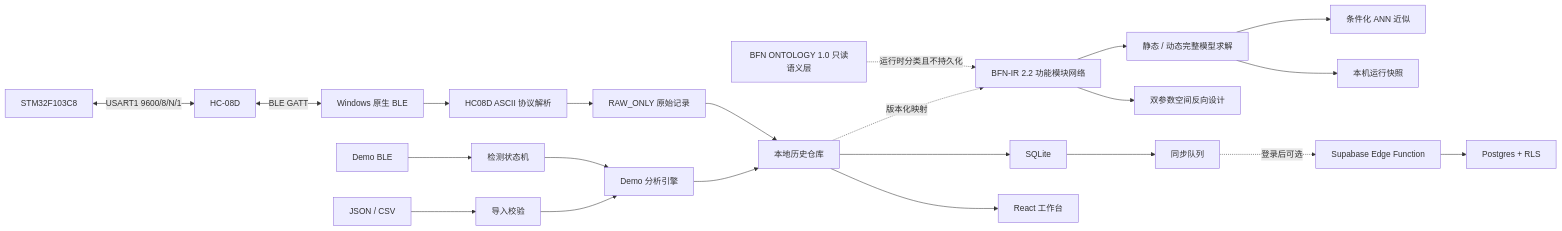
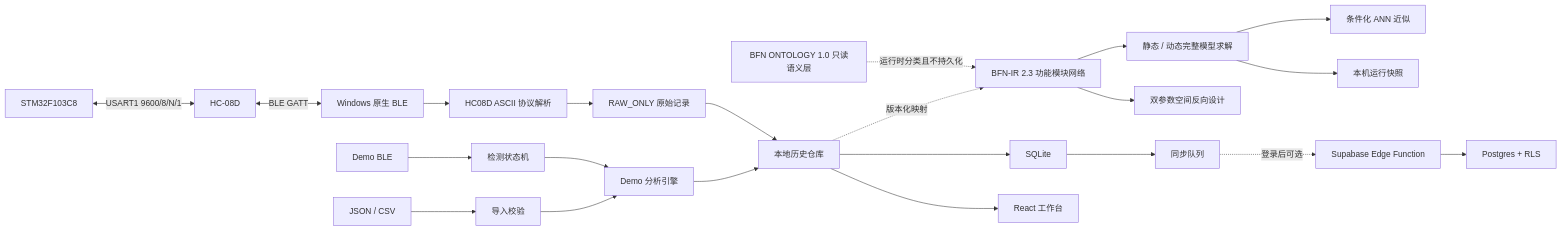
The first of 2 diagrams in docs/architecture.md (bulbel-magnolia/fluorescence-detection-workbench), drawn with Mermaid before and after one commit. The commit also changed other lines of this file and 5 other files, not shown here.

````diff
--- a/docs/architecture.md
+++ b/docs/architecture.md
@@ -16,28 +16,28 @@
 ```mermaid
 flowchart LR
   STM["STM32F103C8"] <-->|"USART1 9600/8/N/1"| HC["HC-08D"]
   HC <-->|"BLE GATT"| WIN["Windows 原生 BLE"]
   WIN --> P["HC08D ASCII 协议解析"]
   P --> RAW["RAW_ONLY 原始记录"]
 
   MOCK["Demo BLE"] --> DS["检测状态机"]
   DS --> A["Demo 分析引擎"]
   FILE["JSON / CSV"] --> I["导入校验"]
   I --> A
 
   ONTO[BFN ONTOLOGY 1.0 只读语义层] -. 运行时分类且不持久化 .-> MODEL
 
-  MODEL["BFN-IR 2.2 功能模块网络"] --> SIM["静态 / 动态完整模型求解"]
+  MODEL["BFN-IR 2.3 功能模块网络"] --> SIM["静态 / 动态完整模型求解"]
   SIM --> ANN["条件化 ANN 近似"]
   SIM --> RUNS["本机运行快照"]
   MODEL --> INV["双参数空间反向设计"]
   H -. "版本化映射" .-> MODEL
 
   RAW --> H["本地历史仓库"]
   A --> H
   H --> DB["SQLite"]
   H --> UI["React 工作台"]
   DB --> Q["同步队列"]
   Q -. "登录后可选" .-> EDGE["Supabase Edge Function"]
   EDGE --> PG["Postgres + RLS"]
 ```
````
